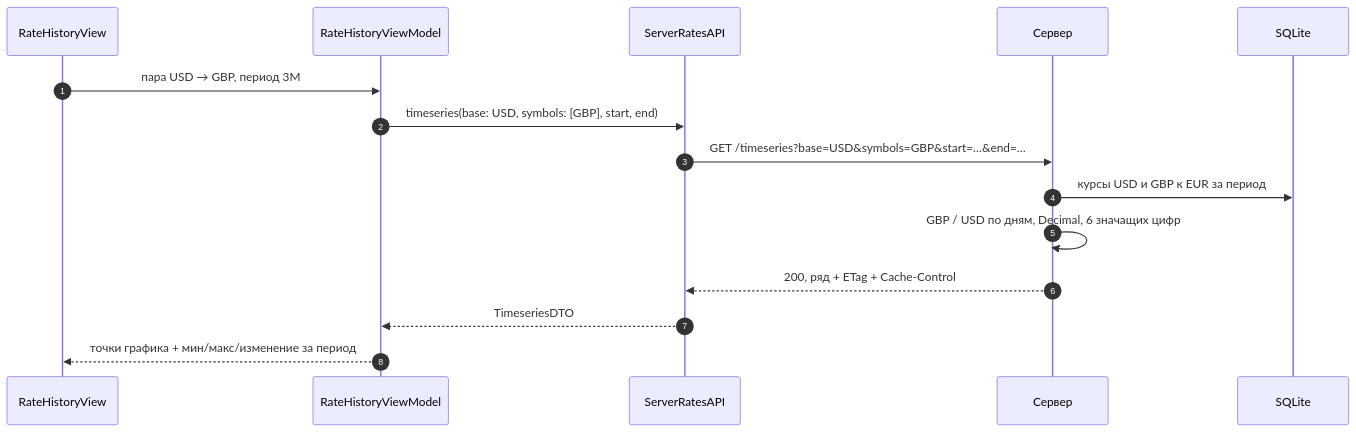
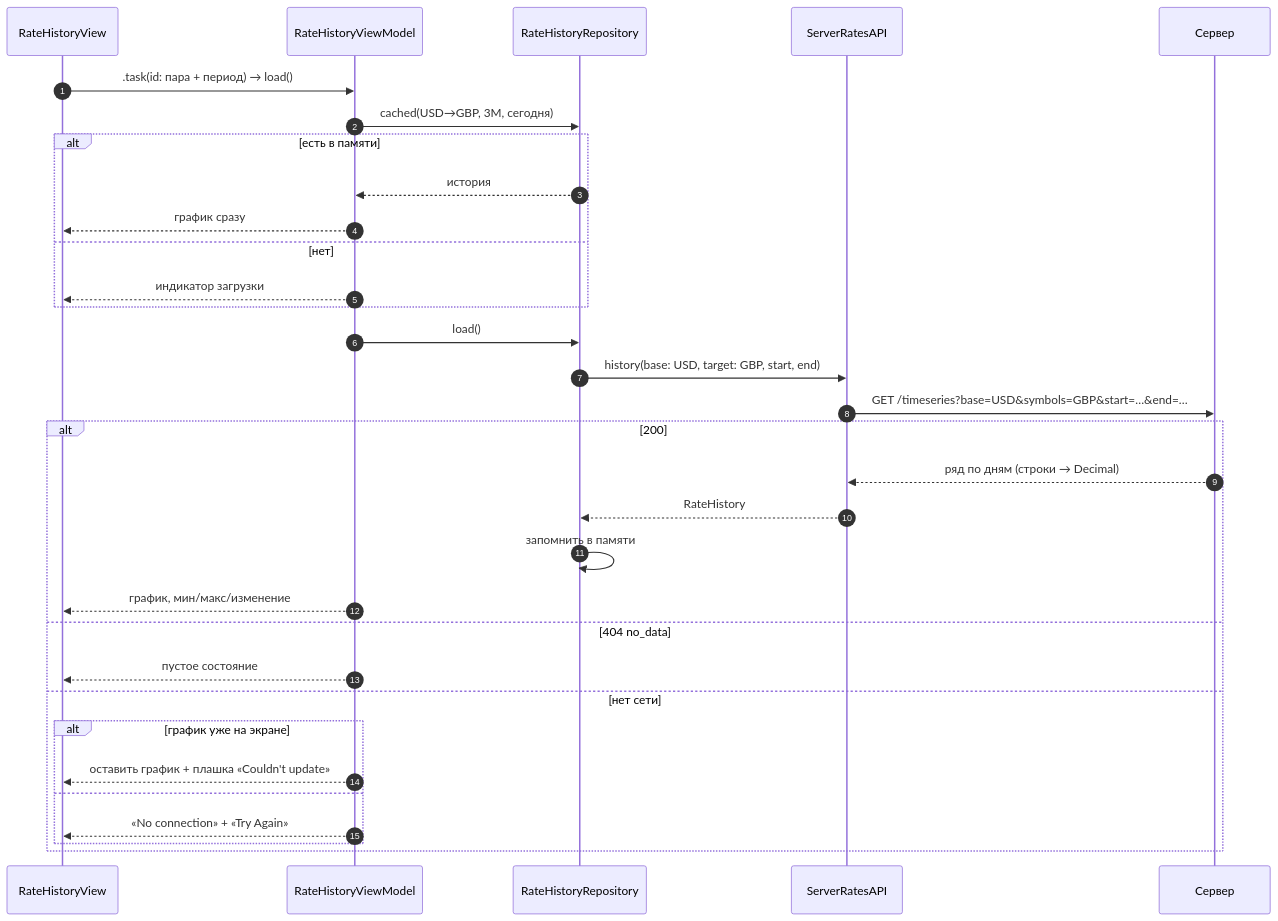
The seventh of 7 diagrams in docs/architecture.md (edwardjelenski/currency-converter), drawn with Mermaid before and after one commit. The commit also changed other lines of this file and 10 other files, not shown here.

First line of the commit message:
Document the rate history screen

````diff
--- a/docs/architecture.md
+++ b/docs/architecture.md
@@ -538,18 +562,35 @@
 ```mermaid
 sequenceDiagram
     autonumber
     participant V as RateHistoryView
     participant M as RateHistoryViewModel
+    participant R as RateHistoryRepository
     participant A as ServerRatesAPI
     participant S as Сервер
-    participant D as SQLite
 
-    V->>M: пара USD → GBP, период 3М
-    M->>A: timeseries(base: USD, symbols: [GBP], start, end)
+    V->>M: .task(id: пара + период) → load()
+    M->>R: cached(USD→GBP, 3М, сегодня)
+    alt есть в памяти
+        R-->>M: история
+        M-->>V: график сразу
+    else нет
+        M-->>V: индикатор загрузки
+    end
+    M->>R: load()
+    R->>A: history(base: USD, target: GBP, start, end)
     A->>S: GET /timeseries?base=USD&symbols=GBP&start=…&end=…
-    S->>D: курсы USD и GBP к EUR за период
-    S->>S: GBP / USD по дням, Decimal, 6 значащих цифр
-    S-->>A: 200, ряд + ETag + Cache-Control
-    A-->>M: TimeseriesDTO
-    M-->>V: точки графика + мин/макс/изменение за период
+    alt 200
+        S-->>A: ряд по дням (строки → Decimal)
+        A-->>R: RateHistory
+        R->>R: запомнить в памяти
+        M-->>V: график, мин/макс/изменение
+    else 404 no_data
+        M-->>V: пустое состояние
+    else нет сети
+        alt график уже на экране
+            M-->>V: оставить график + плашка «Couldn't update»
+        else
+            M-->>V: «No connection» + «Try Again»
+        end
+    end
 ```
````
